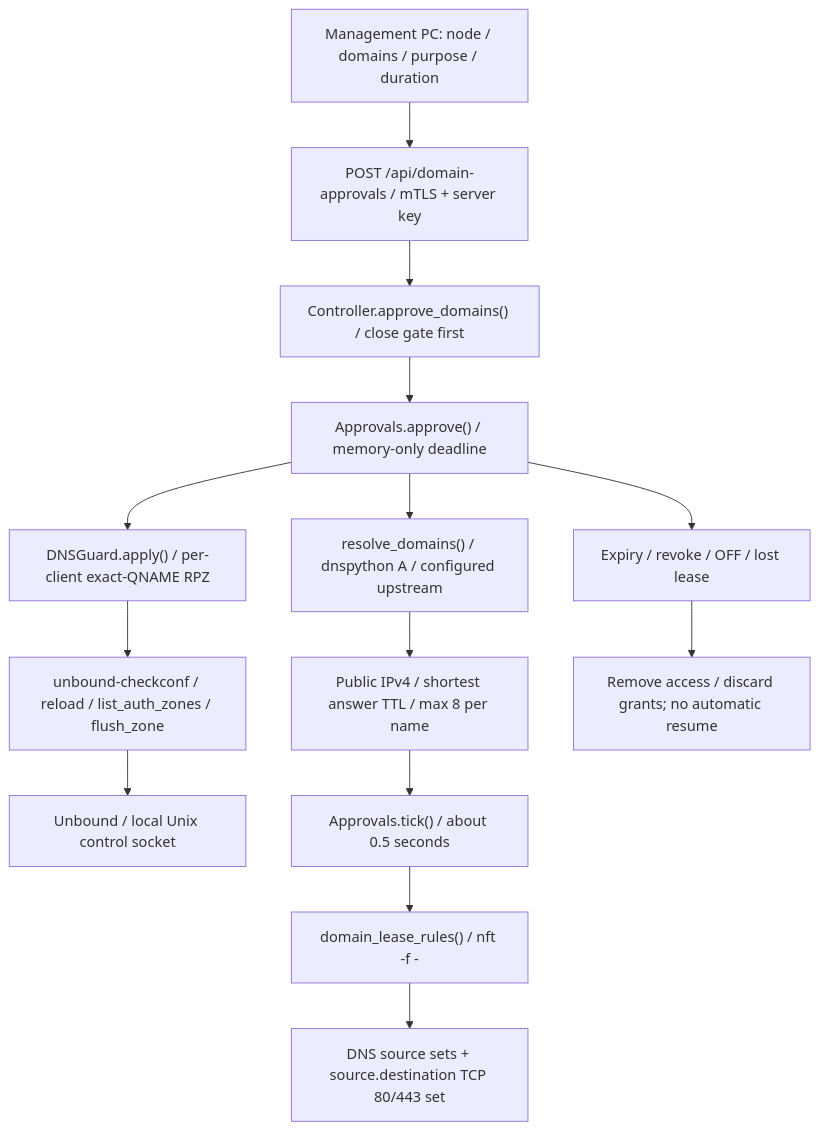
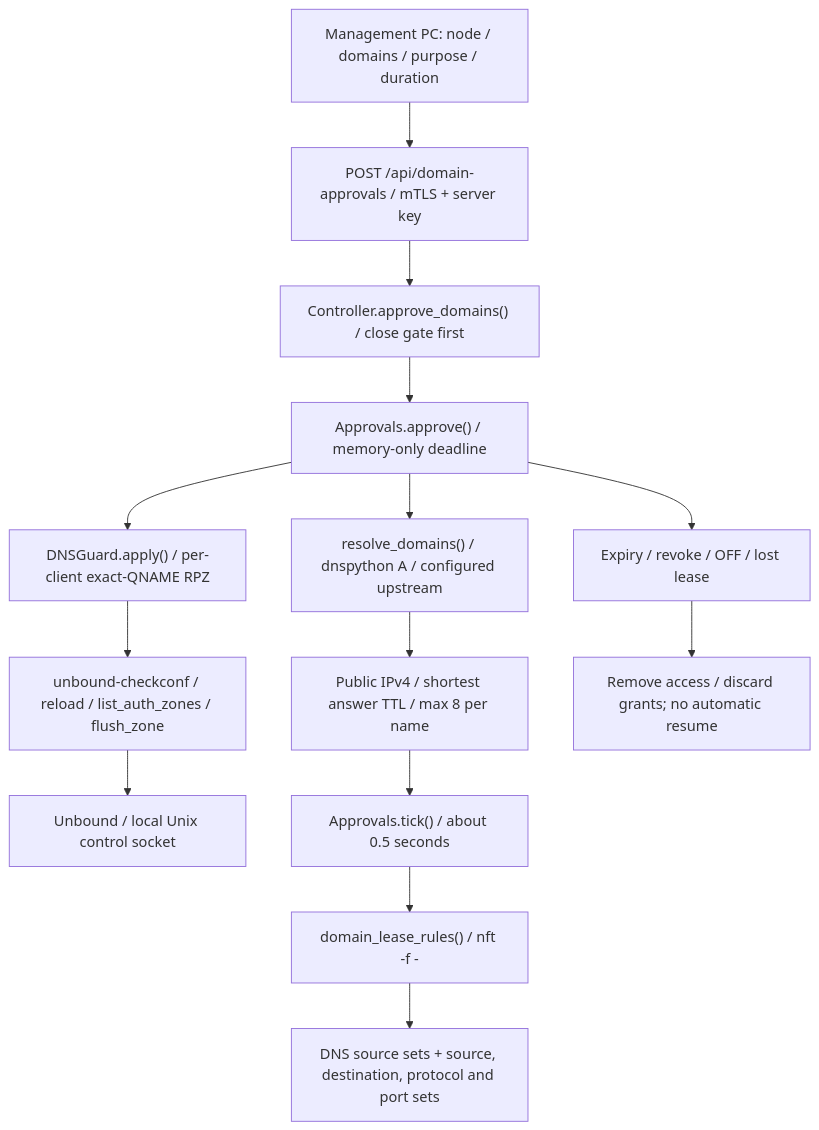
The eighth of 8 diagrams in docs/PROGRAM_FLOW.md (ysuito/RabbitWall), drawn with Mermaid before and after one commit. The commit also changed 22 other files, not shown here.

````diff
--- a/docs/PROGRAM_FLOW.md
+++ b/docs/PROGRAM_FLOW.md
@@ -336,16 +336,16 @@
 ```mermaid
 flowchart TB
     Human["Management PC: node / domains / purpose / duration"] --> API["POST /api/domain-approvals / mTLS + server key"]
     API --> Controller["Controller.approve_domains() / close gate first"]
     Controller --> Grant["Approvals.approve() / memory-only deadline"]
     Grant --> RPZ["DNSGuard.apply() / per-client exact-QNAME RPZ"]
     RPZ --> Check["unbound-checkconf / reload / list_auth_zones / flush_zone"]
     Check --> DNS["Unbound / local Unix control socket"]
     Grant --> Worker["resolve_domains() / dnspython A / configured upstream"]
     Worker --> Answers["Public IPv4 / shortest answer TTL / max 8 per name"]
     Answers --> Tick["Approvals.tick() / about 0.5 seconds"]
     Tick --> Lease["domain_lease_rules() / nft -f -"]
-    Lease --> Kernel["DNS source sets + source.destination TCP 80/443 set"]
+    Lease --> Kernel["DNS source sets + source, destination, protocol and port sets"]
     Grant --> End["Expiry / revoke / OFF / lost lease"]
     End --> Close["Remove access / discard grants; no automatic resume"]
 ```
````
